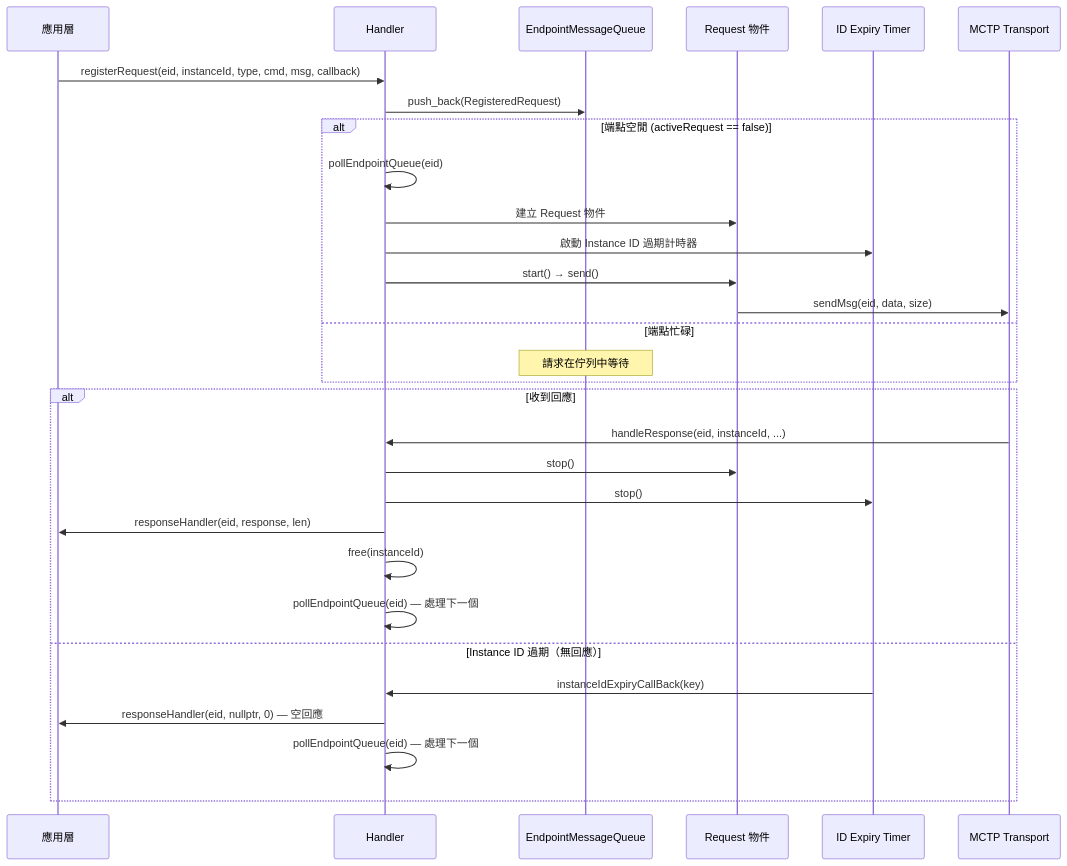
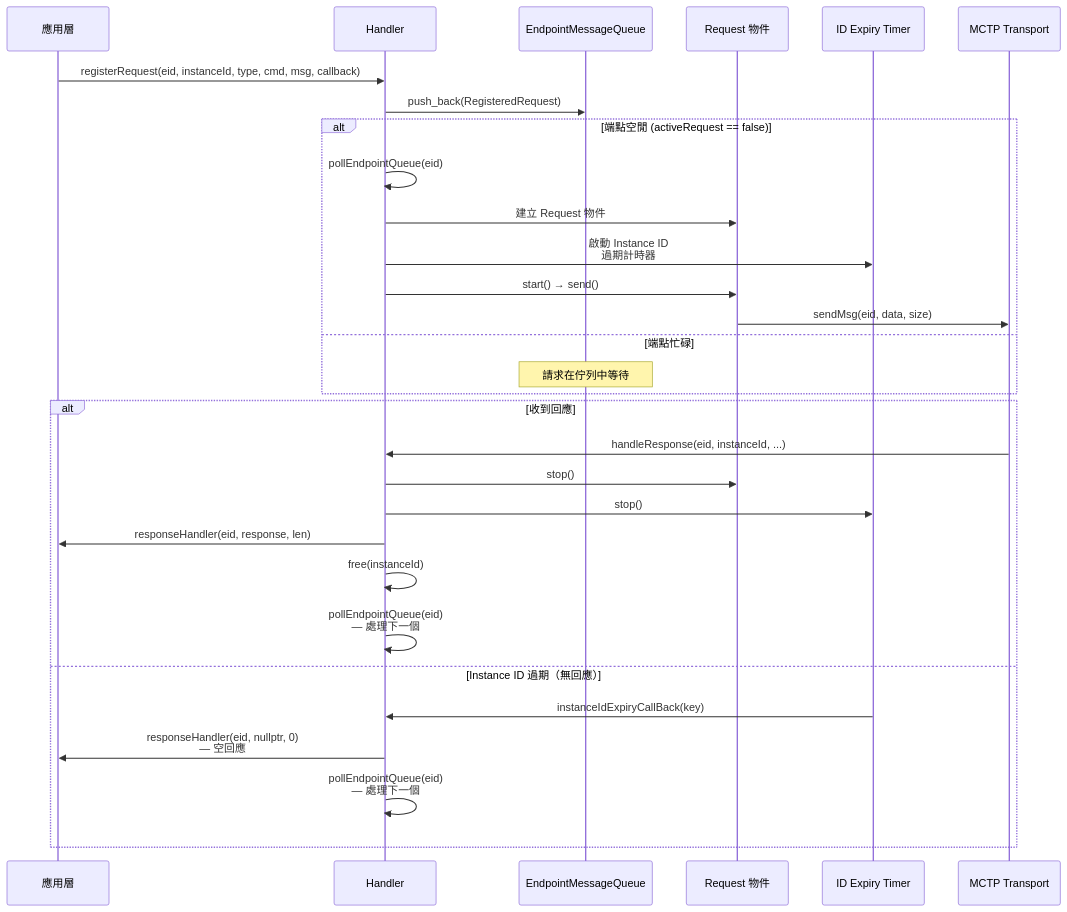
Before and after one commit to chilung-cgu/bmc-firmware-knowledge-base: the second of 4 diagrams in pldm/Requester.md, drawn with Mermaid. The commit also changed other lines of this file and 18 other files, not shown here.

First line of the commit message:
docs(pldm): 批量優化 Mermaid 流程圖排版解決文字截斷問題

````diff
--- a/pldm/Requester.md
+++ b/pldm/Requester.md
@@ -86,35 +86,35 @@
 ```mermaid
 sequenceDiagram
     participant App as 應用層
     participant Handler as Handler
     participant Queue as EndpointMessageQueue
     participant Req as Request 物件
     participant Timer as ID Expiry Timer
     participant Transport as MCTP Transport
 
     App->>Handler: registerRequest(eid, instanceId, type, cmd, msg, callback)
     Handler->>Queue: push_back(RegisteredRequest)
 
     alt 端點空閒 (activeRequest == false)
         Handler->>Handler: pollEndpointQueue(eid)
         Handler->>Req: 建立 Request 物件
-        Handler->>Timer: 啟動 Instance ID 過期計時器
+        Handler->>Timer: 啟動 Instance ID<br>過期計時器
         Handler->>Req: start() → send()
         Req->>Transport: sendMsg(eid, data, size)
     else 端點忙碌
         Note over Queue: 請求在佇列中等待
     end
 
     alt 收到回應
         Transport->>Handler: handleResponse(eid, instanceId, ...)
         Handler->>Req: stop()
         Handler->>Timer: stop()
         Handler->>App: responseHandler(eid, response, len)
         Handler->>Handler: free(instanceId)
-        Handler->>Handler: pollEndpointQueue(eid) — 處理下一個
+        Handler->>Handler: pollEndpointQueue(eid)<br>— 處理下一個
     else Instance ID 過期（無回應）
         Timer->>Handler: instanceIdExpiryCallBack(key)
-        Handler->>App: responseHandler(eid, nullptr, 0) — 空回應
-        Handler->>Handler: pollEndpointQueue(eid) — 處理下一個
+        Handler->>App: responseHandler(eid, nullptr, 0)<br>— 空回應
+        Handler->>Handler: pollEndpointQueue(eid)<br>— 處理下一個
     end
 ```
````
